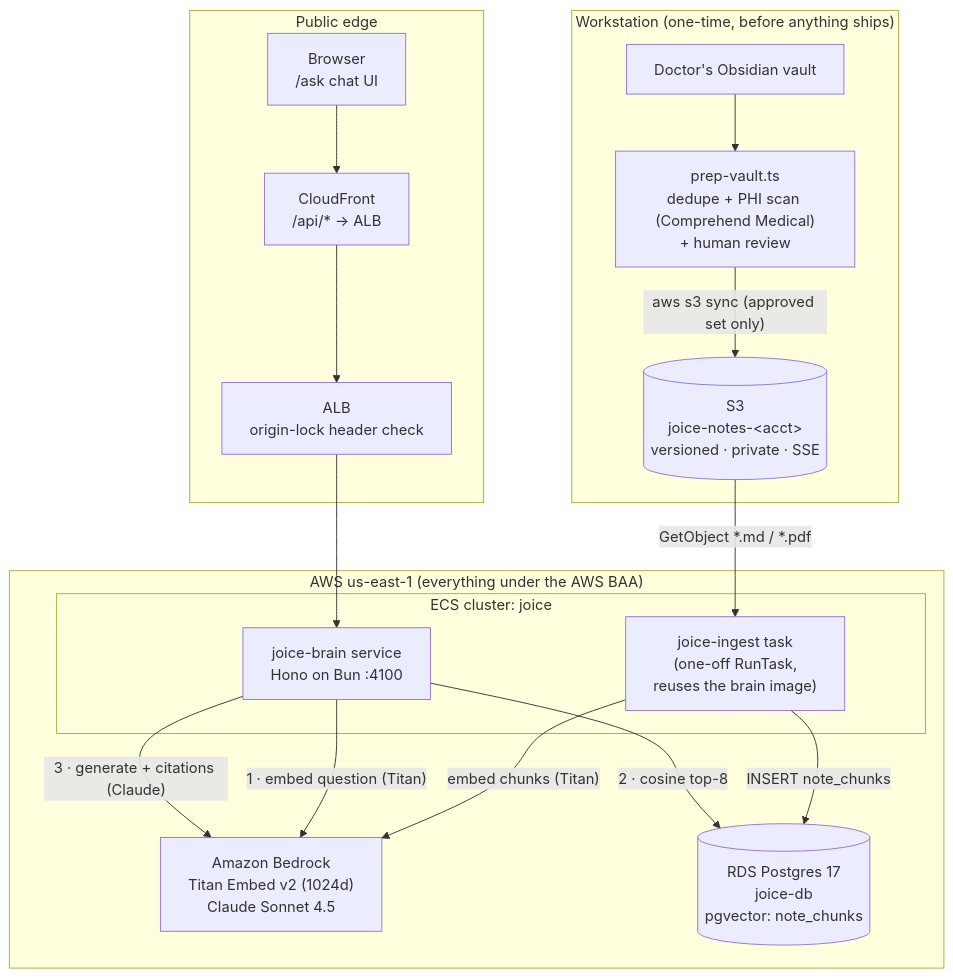
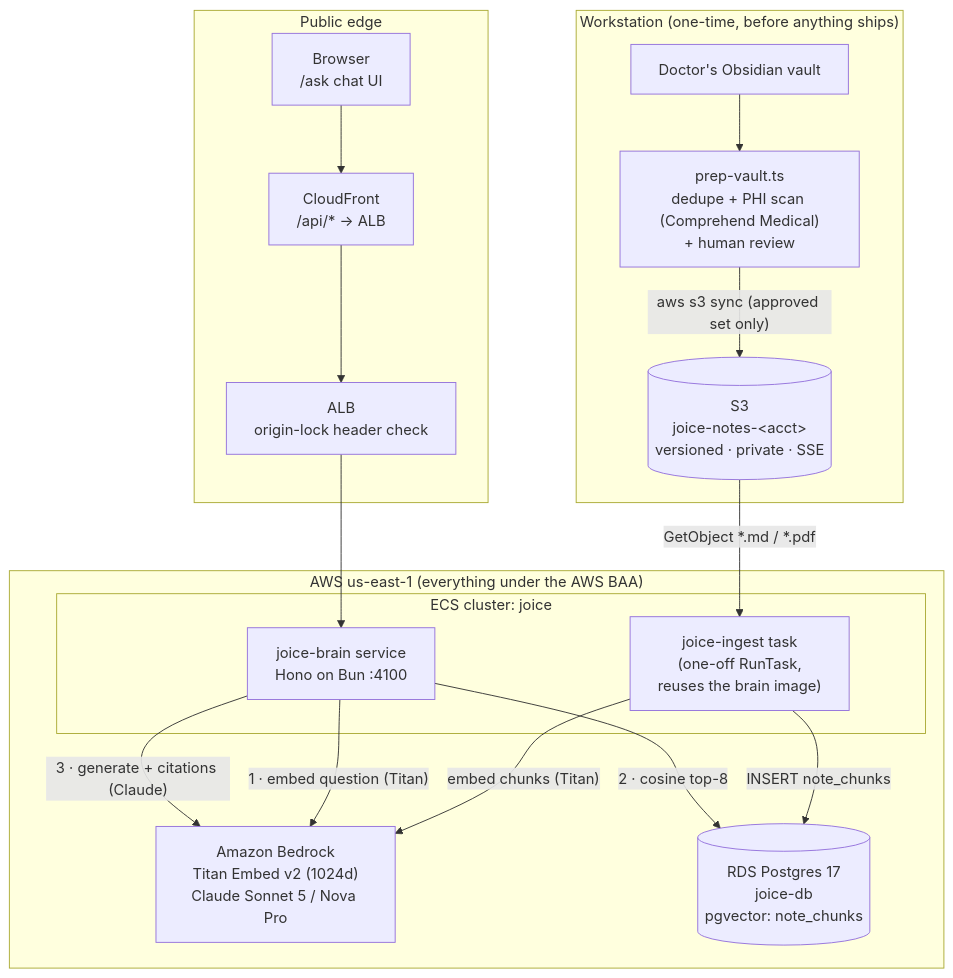
One commit to Joice-Health/Joice changed the diagram in docs/rag/01-overview.md. Above: the diagram before and after it, drawn with Mermaid. The commit also changed other lines of this file and 15 other files, not shown here.

````diff
--- a/docs/rag/01-overview.md
+++ b/docs/rag/01-overview.md
@@ -27,33 +27,33 @@
 ```mermaid
 flowchart TB
     subgraph Laptop["Workstation (one-time, before anything ships)"]
         vault["Doctor's Obsidian vault"] --> prep["prep-vault.ts<br/>dedupe + PHI scan (Comprehend Medical)<br/>+ human review"]
         prep -->|"aws s3 sync (approved set only)"| s3
     end
 
     subgraph AWS["AWS us-east-1 (everything under the AWS BAA)"]
         s3[("S3<br/>joice-notes-&lt;acct&gt;<br/>versioned · private · SSE")]
 
         subgraph ECS["ECS cluster: joice"]
             ingest["joice-ingest task<br/>(one-off RunTask,<br/>reuses the brain image)"]
             api["joice-brain service<br/>Hono on Bun :4100"]
         end
 
-        bedrock["Amazon Bedrock<br/>Titan Embed v2 (1024d)<br/>Claude Sonnet 4.5"]
+        bedrock["Amazon Bedrock<br/>Titan Embed v2 (1024d)<br/>Claude Sonnet 5 / Nova Pro"]
         rds[("RDS Postgres 17<br/>joice-db<br/>pgvector: note_chunks")]
 
         s3 -->|"GetObject *.md / *.pdf"| ingest
         ingest -->|"embed chunks (Titan)"| bedrock
         ingest -->|"INSERT note_chunks"| rds
 
         api -->|"1 · embed question (Titan)"| bedrock
         api -->|"2 · cosine top-8"| rds
         api -->|"3 · generate + citations (Claude)"| bedrock
     end
 
     subgraph Edge["Public edge"]
         browser["Browser<br/>/ask chat UI"] --> cf["CloudFront<br/>/api/* → ALB"]
         cf --> alb["ALB<br/>origin-lock header check"]
         alb --> api
     end
 ```
````
